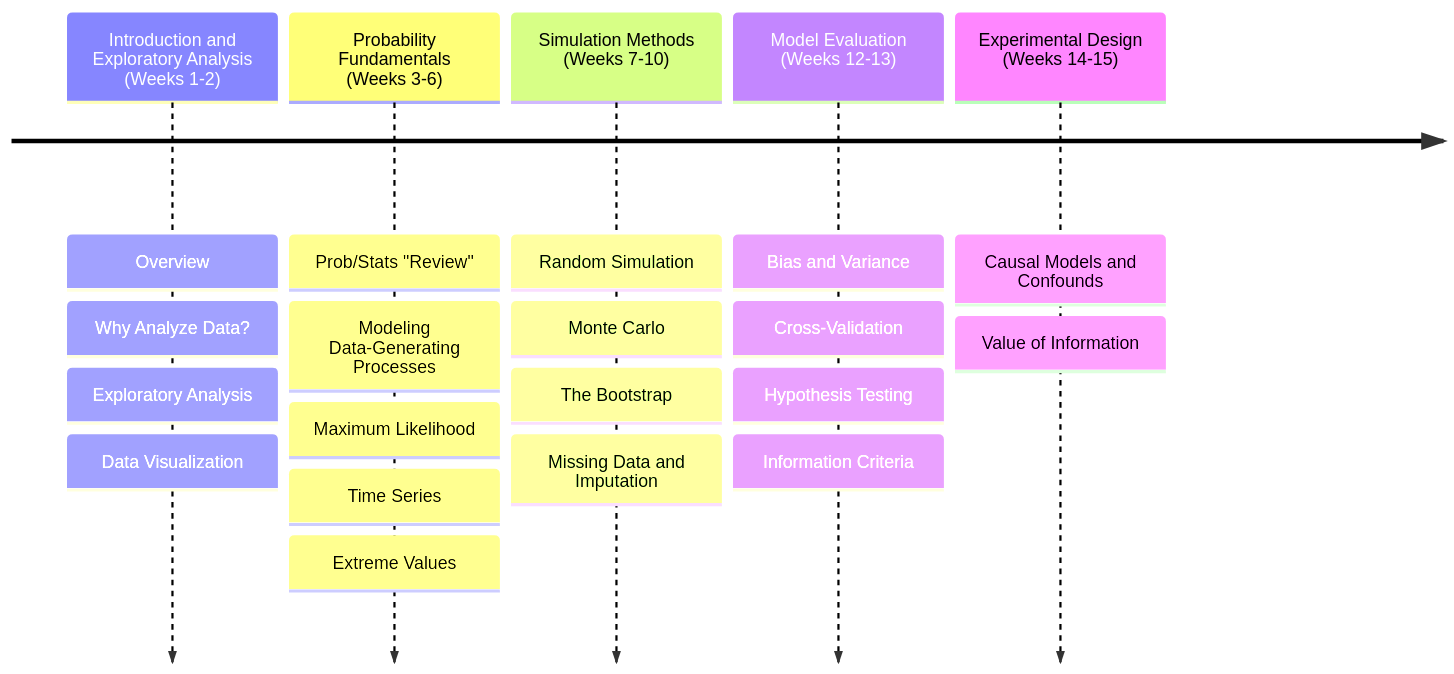
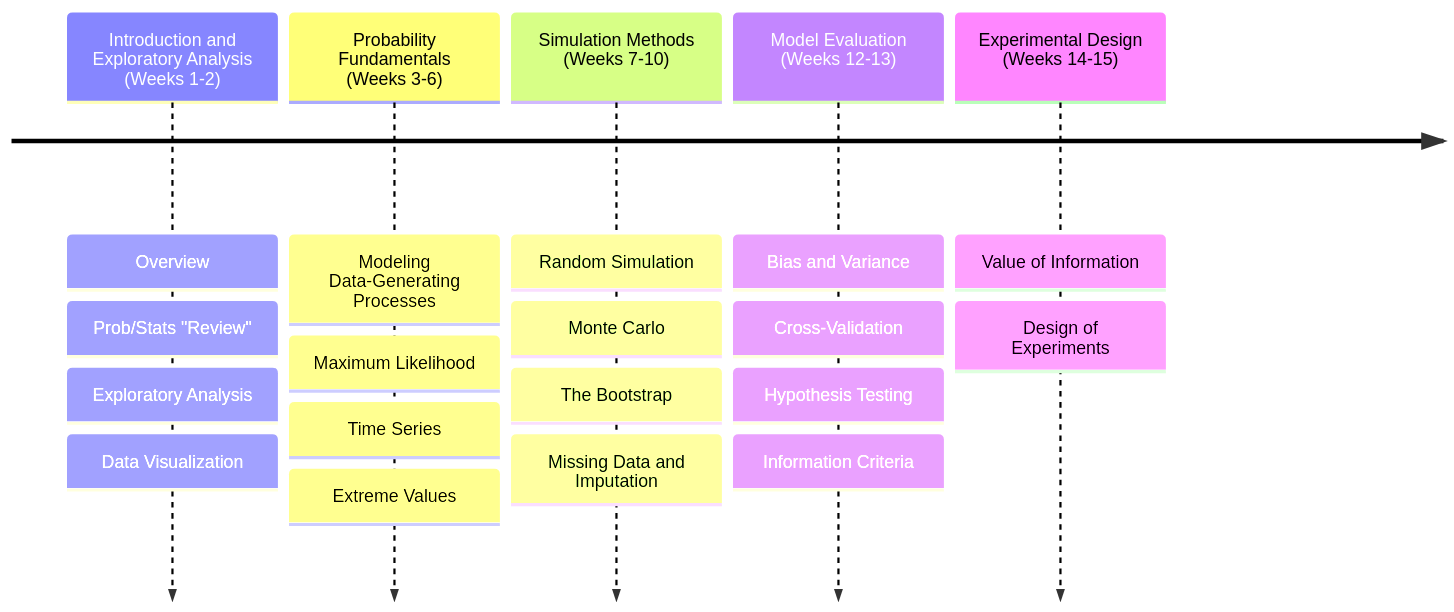
Before and after one commit to bee-envdata-cornell/spring2026: the diagram in slides/lecture01-1-intro.qmd, drawn with Mermaid. The commit also changed other lines of this file and 194 other files, not shown here.

````diff
--- a/slides/lecture01-1-intro.qmd
+++ b/slides/lecture01-1-intro.qmd
@@ -104,23 +192,22 @@
 ```{mermaid}
 timeline
       Introduction and Exploratory Analysis (Weeks 1-2): Overview
-                  : Why Analyze Data?
+                  : Prob/Stats "Review"
                   : Exploratory Analysis
                   : Data Visualization
-      Probability Fundamentals (Weeks 3-6): Prob/Stats "Review"
-                                          : Modeling Data-Generating Processes
+      Probability Fundamentals (Weeks 3-6): Modeling Data-Generating Processes
                                           : Maximum Likelihood
                                           : Time Series
                                           : Extreme Values
       Simulation Methods (Weeks 7-10): Random Simulation
                                     : Monte Carlo
                                     : The Bootstrap
                                     : Missing Data and Imputation
       Model Evaluation (Weeks 12-13): Bias and Variance
                       : Cross-Validation
                       : Hypothesis Testing
                       : Information Criteria
-      Experimental Design (Weeks 14-15): Causal Models and Confounds
-                                 : Value of Information
+      Experimental Design (Weeks 14-15): Value of Information
+                                 : Design of Experiments
 
 ```
````
